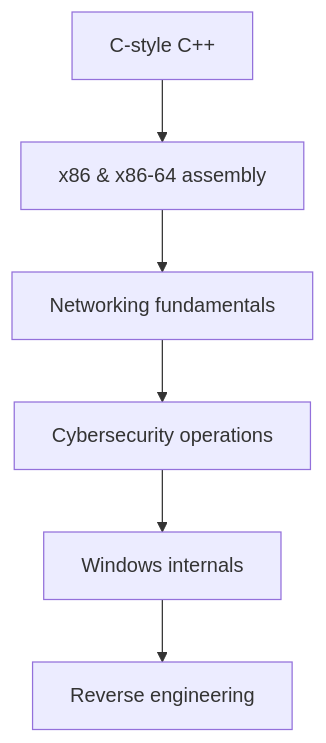
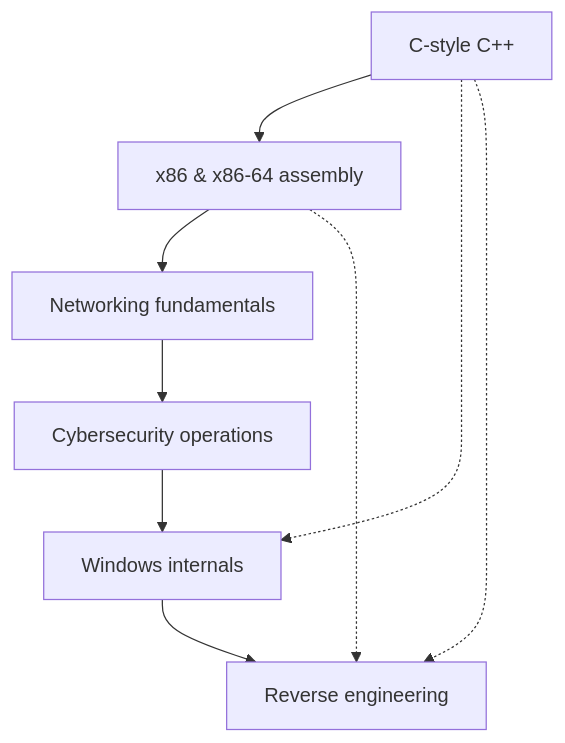
The diagram in readme.md (grimy86/CCI25), drawn with Mermaid before and after one commit. The commit also changed other lines of this file, not shown here.

````diff
--- a/readme.md
+++ b/readme.md
@@ -17,8 +16,11 @@
 ```mermaid
 graph TD;
 	cpp[C-style C++] --> x86-64[x86 & x86-64 assembly]
 	x86-64 --> nf[Networking fundamentals]
     nf --> csec[Cybersecurity operations]
 	csec --> winint[Windows internals]
 	winint --> re[Reverse engineering]
+	cpp -.-> winint
+	cpp -.-> re
+	x86-64 -.-> re
 ```
````
